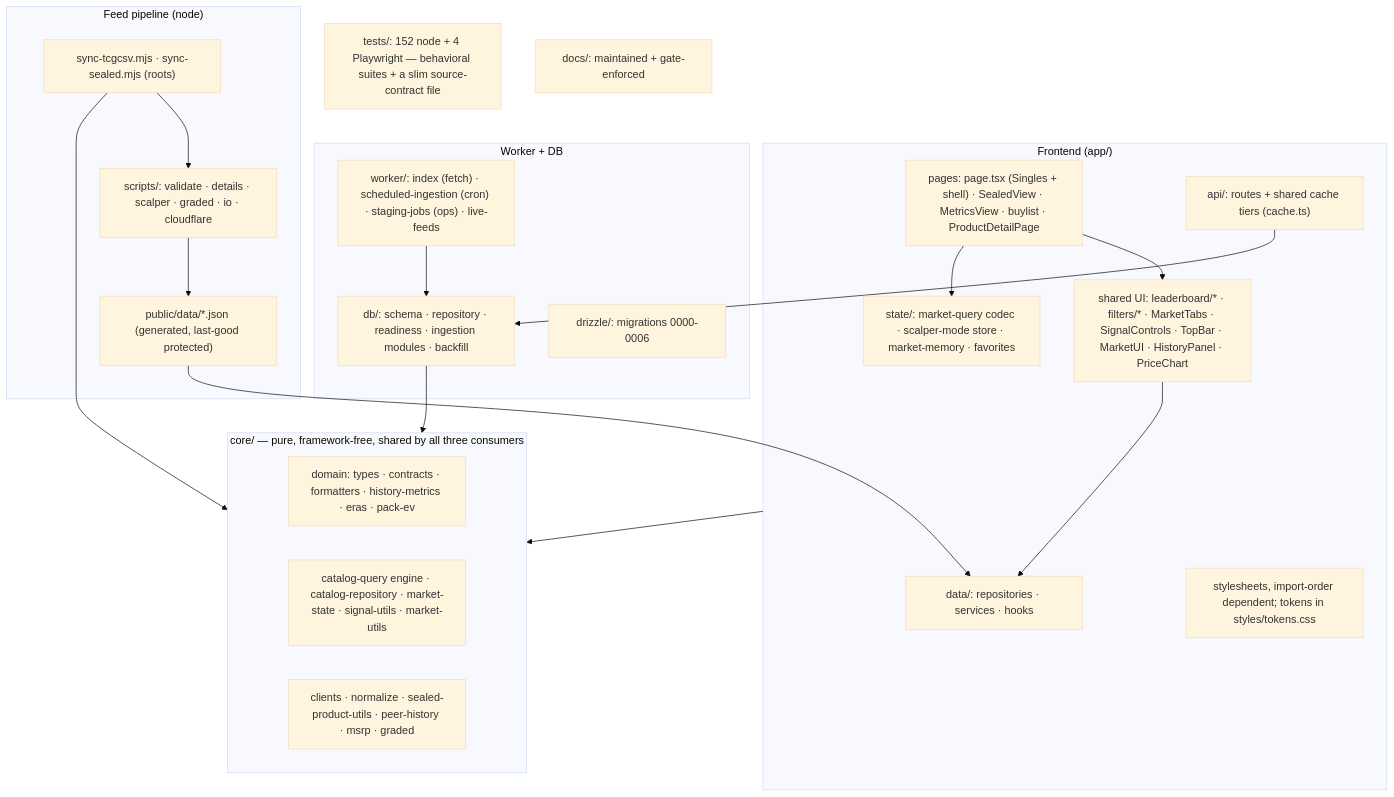
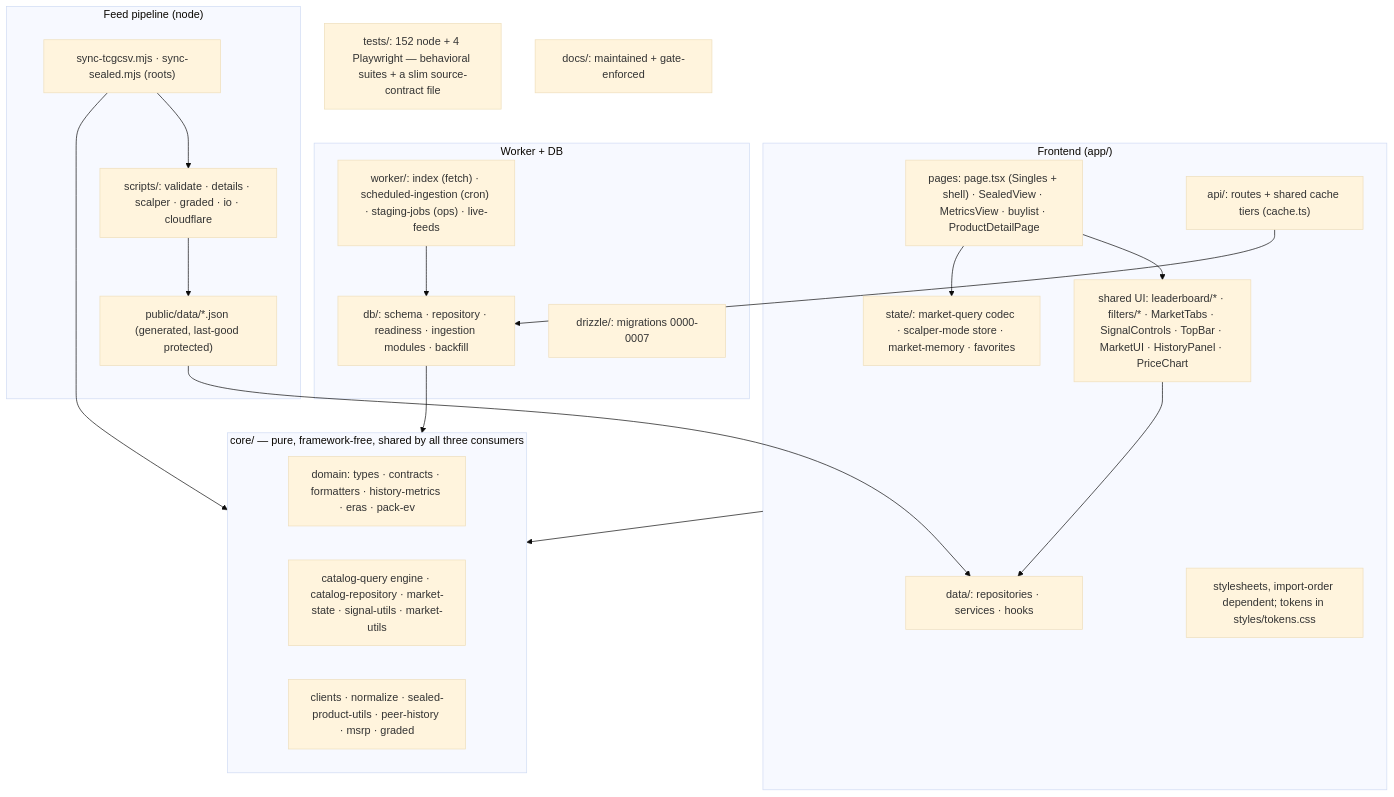
Before and after one commit to cjord/rawsignal: the first of 3 diagrams in docs/helicopter-view.md, drawn with Mermaid (base theme). The commit also changed 10 other files, not shown here.

````diff
--- a/docs/helicopter-view.md
+++ b/docs/helicopter-view.md
@@ -19,38 +19,38 @@
 ```mermaid
 flowchart TB
   subgraph frontend["Frontend (app/)"]
     pages["pages: page.tsx (Singles + shell) · SealedView · MetricsView · buylist · ProductDetailPage"]
     prims["shared UI: leaderboard/* · filters/* · MarketTabs · SignalControls · TopBar · MarketUI · HistoryPanel · PriceChart"]
     state["state/: market-query codec · scalper-mode store · market-memory · favorites"]
     dataL["data/: repositories · services · hooks"]
     api["api/: routes + shared cache tiers (cache.ts)"]
     css["stylesheets, import-order dependent; tokens in styles/tokens.css"]
   end
   subgraph core["core/ — pure, framework-free, shared by all three consumers"]
     domain["domain: types · contracts · formatters · history-metrics · eras · pack-ev"]
     engine["catalog-query engine · catalog-repository · market-state · signal-utils · market-utils"]
     pipe["clients · normalize · sealed-product-utils · peer-history · msrp · graded"]
   end
   subgraph backend["Worker + DB"]
     worker["worker/: index (fetch) · scheduled-ingestion (cron) · staging-jobs (ops) · live-feeds"]
     db["db/: schema · repository · readiness · ingestion modules · backfill"]
-    drizzle["drizzle/: migrations 0000-0006"]
+    drizzle["drizzle/: migrations 0000-0007"]
   end
   subgraph pipeline["Feed pipeline (node)"]
     sync["sync-tcgcsv.mjs · sync-sealed.mjs (roots)"]
     scripts["scripts/: validate · details · scalper · graded · io · cloudflare"]
     feeds["public/data/*.json (generated, last-good protected)"]
   end
   tests["tests/: 152 node + 4 Playwright — behavioral suites + a slim source-contract file"]
   docs["docs/: maintained + gate-enforced"]
 
   pages --> prims --> dataL
   pages --> state
   frontend --> core
   api --> db
   worker --> db
   db --> core
   sync --> scripts --> feeds
   sync --> core
   feeds --> dataL
 ```
````
